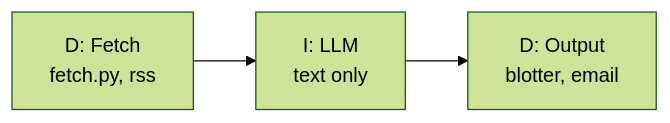
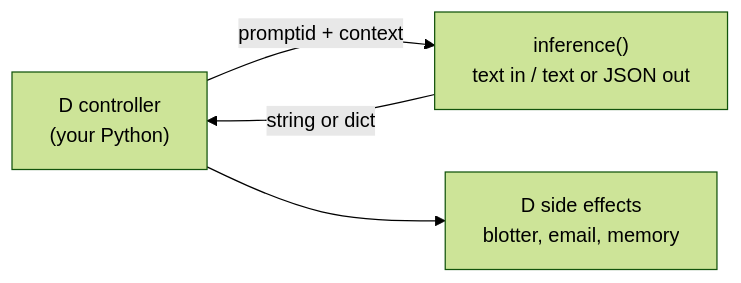
One commit to uogbuji/Anya changed the first of 2 diagrams in README.md. Above: the diagram before and after it, drawn with Mermaid (forest theme). The commit also changed other lines of this file and 27 other files, not shown here.

Commit message:
[#4] Rearchitect around WordLoom, and broader workflow patterns

````diff
--- a/README.md
+++ b/README.md
@@ -7,7 +7,8 @@
 ```mermaid
 flowchart LR
-    D1["D: Fetch<br/>fetch.py, rss"]
-    I["I: LLM<br/>text only"]
-    D2["D: Output<br/>blotter, email"]
-    D1 --> I --> D2
+    C["D controller<br/>(your Python)"]
+    I["inference()<br/>text in / text or JSON out"]
+    C -- "promptid + context" --> I
+    I -- "string or dict" --> C
+    C --> O["D side effects<br/>blotter, email, memory"]
 ```
````
